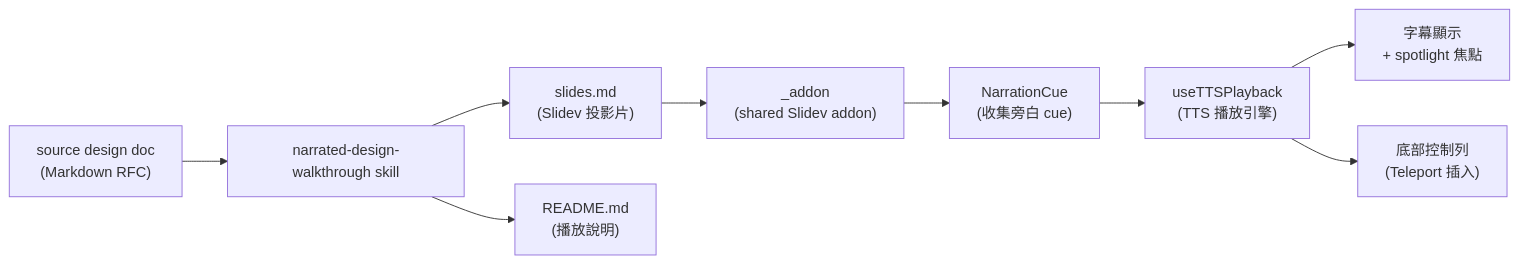
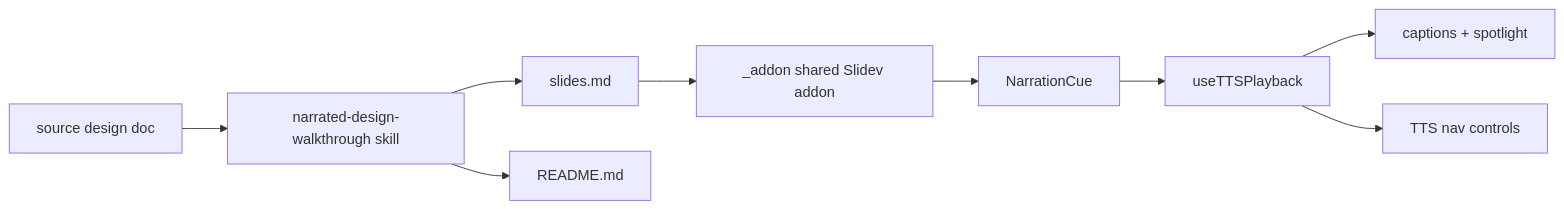
The second of 2 diagrams in docs/walkthroughs/2026-05-21-narrated-design-walkthrough-architecture/slides.md (gmliao/narrated-design-walkthrough-example), drawn with Mermaid before and after one commit. The commit also changed other lines of this file and 4 other files, not shown here.

````diff
--- a/docs/walkthroughs/2026-05-21-narrated-design-walkthrough-architecture/slides.md
+++ b/docs/walkthroughs/2026-05-21-narrated-design-walkthrough-architecture/slides.md
@@ -140,11 +161,11 @@
 ```mermaid
 flowchart LR
-    A["source design doc\n(Markdown RFC)"] --> B["narrated-design-walkthrough skill"]
-    B --> C["slides.md\n(Slidev 投影片)"]
-    B --> D["README.md\n(播放說明)"]
-    C --> E["_addon\n(shared Slidev addon)"]
-    E --> F["NarrationCue\n(收集旁白 cue)"]
-    F --> G["useTTSPlayback\n(TTS 播放引擎)"]
-    G --> H["字幕顯示\n+ spotlight 焦點"]
-    G --> I["底部控制列\n(Teleport 插入)"]
+    A["source design doc"] --> B["narrated-design-walkthrough skill"]
+    B --> C["slides.md"]
+    B --> D["README.md"]
+    C --> E["_addon shared Slidev addon"]
+    E --> F["NarrationCue"]
+    F --> G["useTTSPlayback"]
+    G --> H["captions + spotlight"]
+    G --> I["TTS nav controls"]
 ```
````
